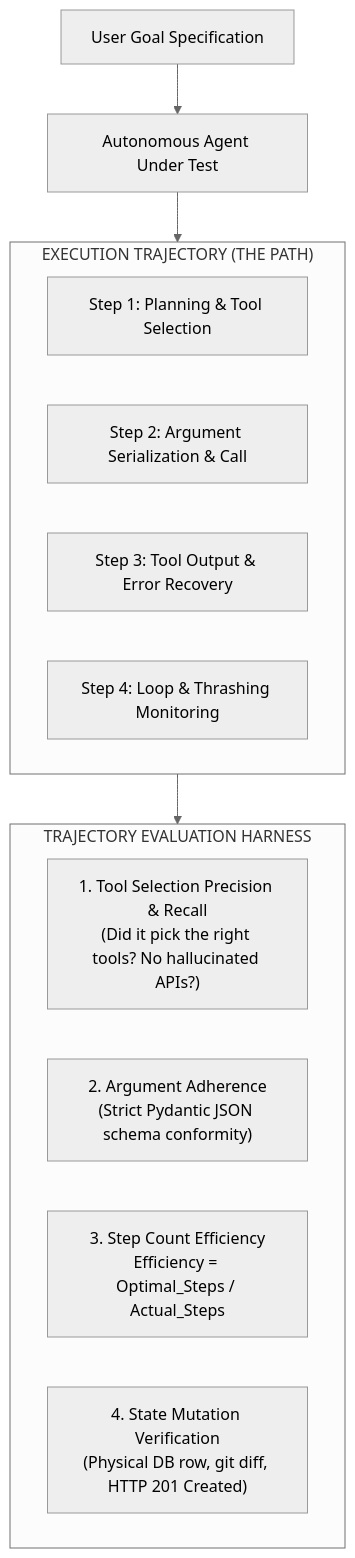
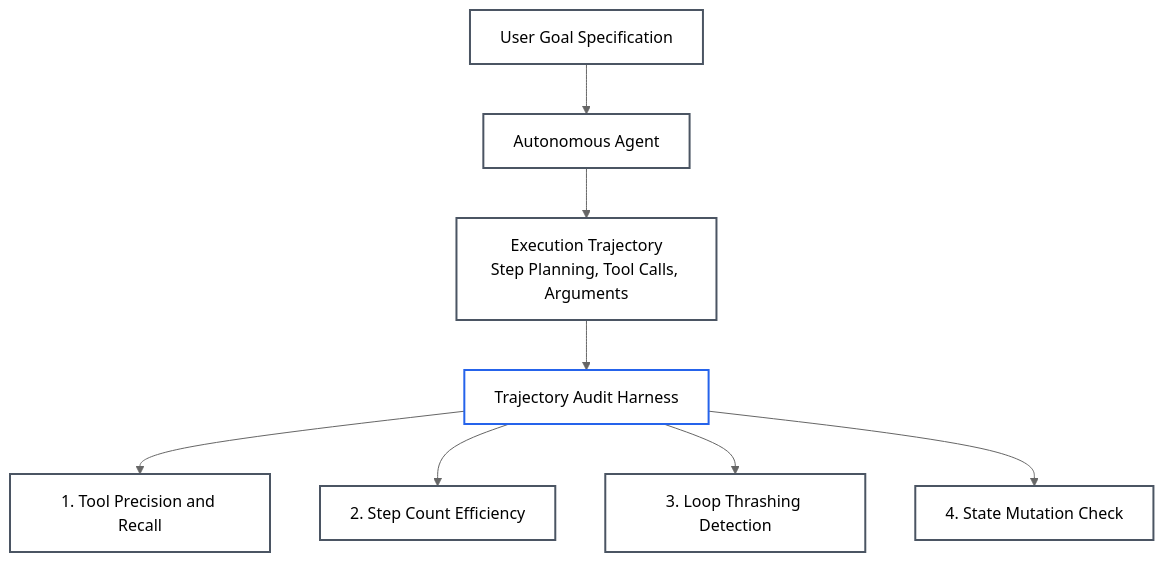
The first of 2 diagrams in 06-evals-and-observability/03-agent-trajectory-and-state-mutation-evaluations.md (dip4k/senior-engineer-to-ai-engineer-roadmap), drawn with Mermaid (neutral theme) before and after one commit. The commit also changed other lines of this file and 10 other files, not shown here.

````diff
--- a/06-evals-and-observability/03-agent-trajectory-and-state-mutation-evaluations.md
+++ b/06-evals-and-observability/03-agent-trajectory-and-state-mutation-evaluations.md
@@ -58,22 +61,16 @@
 ```mermaid
 flowchart TD
-    User["User Goal Specification"] --> Agent["Autonomous Agent Under Test"]
+    User["User Goal Specification"] --> Agent["Autonomous Agent"]
+    Agent --> Trajectory["Execution Trajectory<br/>Step Planning, Tool Calls, Arguments"]
     
-    subgraph Trajectory["EXECUTION TRAJECTORY (THE PATH)"]
-        T1["Step 1: Planning & Tool Selection"]
-        T2["Step 2: Argument Serialization & Call"]
-        T3["Step 3: Tool Output & Error Recovery"]
-        T4["Step 4: Loop & Thrashing Monitoring"]
-    end
+    Trajectory --> EvalHarness["Trajectory Audit Harness"]
     
-    Agent --> Trajectory
-    
-    subgraph DualEvaluator["TRAJECTORY EVALUATION HARNESS"]
-        Metric1["1. Tool Selection Precision & Recall<br/>(Did it pick the right tools? No hallucinated APIs?)"]
-        Metric2["2. Argument Adherence<br/>(Strict Pydantic JSON schema conformity)"]
-        Metric3["3. Step Count Efficiency<br/>Efficiency = Optimal_Steps / Actual_Steps"]
-        Metric4["4. State Mutation Verification<br/>(Physical DB row, git diff, HTTP 201 Created)"]
-    end
-    
-    Trajectory --> DualEvaluator
+    EvalHarness --> M1["1. Tool Precision and Recall"]
+    EvalHarness --> M2["2. Step Count Efficiency"]
+    EvalHarness --> M3["3. Loop Thrashing Detection"]
+    EvalHarness --> M4["4. State Mutation Check"]
+
+    classDef default stroke:#4b5563,stroke-width:2px,fill:none;
+    classDef gate stroke:#2563eb,stroke-width:2px,fill:none;
+    class EvalHarness gate;
 ```
````
